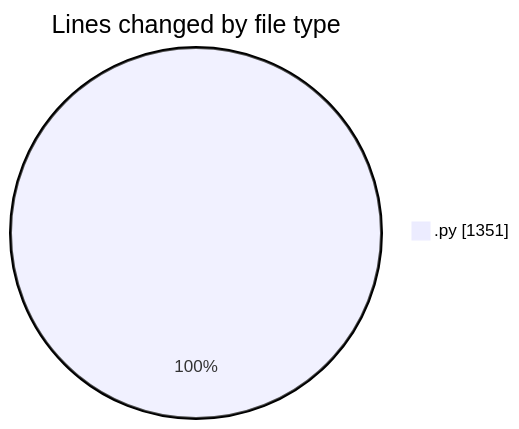
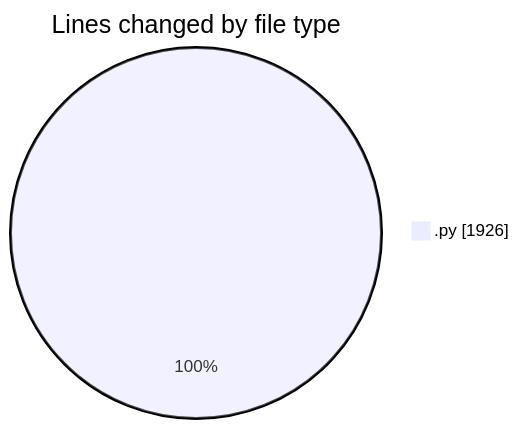
One commit to julien-gomy/code-tracking changed the first of 2 diagrams in 2025-10-23/eventscop-api-guide__workspace_/README.md. Above: the diagram before and after it, drawn with Mermaid. The commit also changed other lines of this file and 1 other file, not shown here.

````diff
--- a/2025-10-23/eventscop-api-guide__workspace_/README.md
+++ b/2025-10-23/eventscop-api-guide__workspace_/README.md
@@ -22,5 +22,5 @@
 ```mermaid
 pie showData
 title Lines changed by file type
-".py" : 1351
+".py" : 1926
 ```
````
